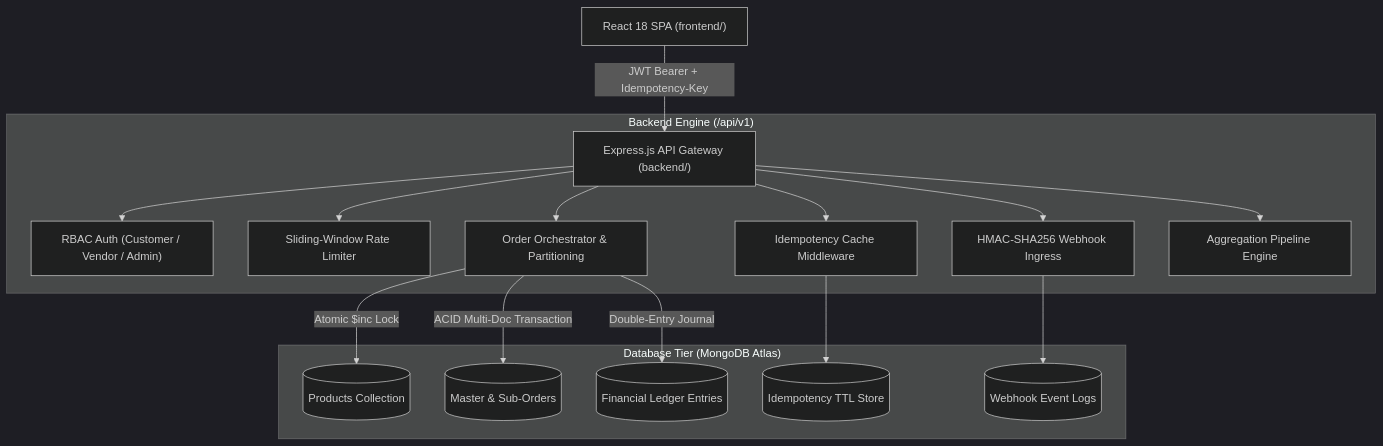
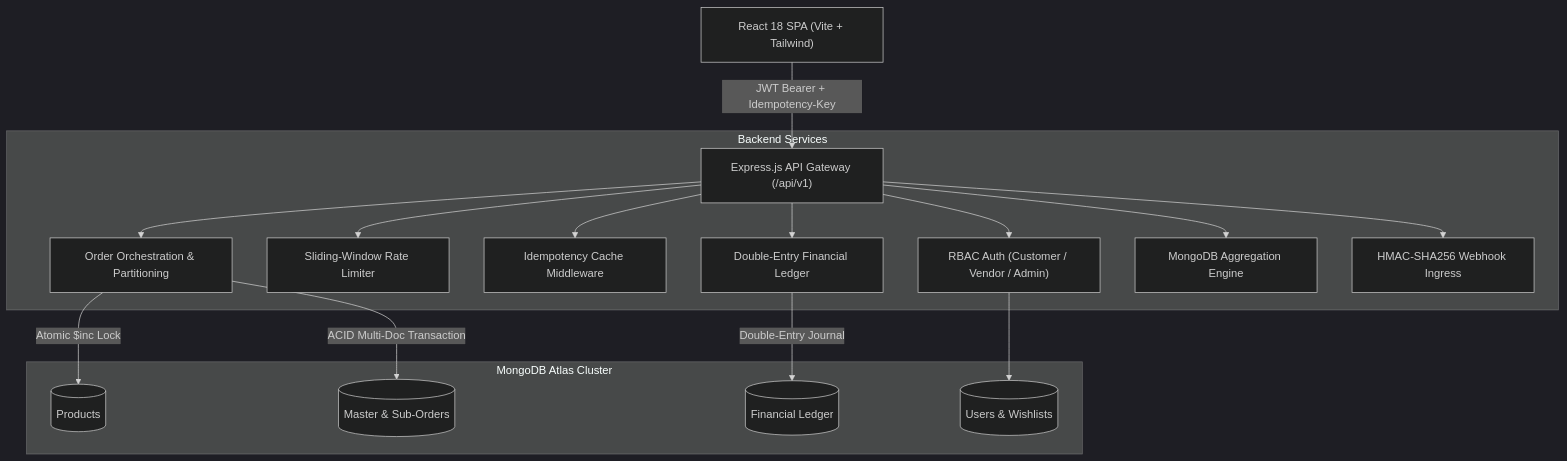
The diagram in README.md (Pranav-by/MarketPulse), drawn with Mermaid (dark theme) before and after one commit. The commit also changed other lines of this file, not shown here.

````diff
--- a/README.md
+++ b/README.md
@@ -44,21 +80,21 @@
 ```mermaid
 flowchart TD
-    Client["React 18 SPA (frontend/)"] -->|JWT Bearer + Idempotency-Key| Gateway["Express.js API Gateway (backend/)"]
+    Client["React 18 SPA (Vite + Tailwind)"] -->|JWT Bearer + Idempotency-Key| Gateway["Express.js API Gateway (/api/v1)"]
 
-    subgraph "Backend Engine (/api/v1)"
+    subgraph "Backend Services"
         Gateway --> Auth["RBAC Auth (Customer / Vendor / Admin)"]
         Gateway --> RateLimit["Sliding-Window Rate Limiter"]
         Gateway --> Idemp["Idempotency Cache Middleware"]
-        Gateway --> OrderSvc["Order Orchestrator & Partitioning"]
+        Gateway --> OrderSvc["Order Orchestration & Partitioning"]
+        Gateway --> LedgerSvc["Double-Entry Financial Ledger"]
+        Gateway --> AnalyticsSvc["MongoDB Aggregation Engine"]
         Gateway --> WebhookSvc["HMAC-SHA256 Webhook Ingress"]
-        Gateway --> AnalyticsSvc["Aggregation Pipeline Engine"]
     end
 
-    subgraph "Database Tier (MongoDB Atlas)"
-        OrderSvc -->|Atomic $inc Lock| ProductsColl[("Products Collection")]
+    subgraph "MongoDB Atlas Cluster"
+        OrderSvc -->|Atomic $inc Lock| ProductsColl[("Products")]
         OrderSvc -->|ACID Multi-Doc Transaction| OrdersColl[("Master & Sub-Orders")]
-        OrderSvc -->|Double-Entry Journal| LedgerColl[("Financial Ledger Entries")]
-        Idemp --> IdempColl[("Idempotency TTL Store")]
-        WebhookSvc --> WebhookColl[("Webhook Event Logs")]
+        LedgerSvc -->|Double-Entry Journal| LedgerColl[("Financial Ledger")]
+        Auth --> UsersColl[("Users & Wishlists")]
     end
 ```
````
